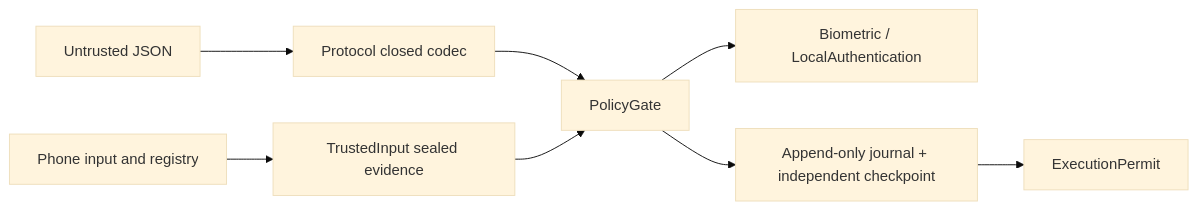
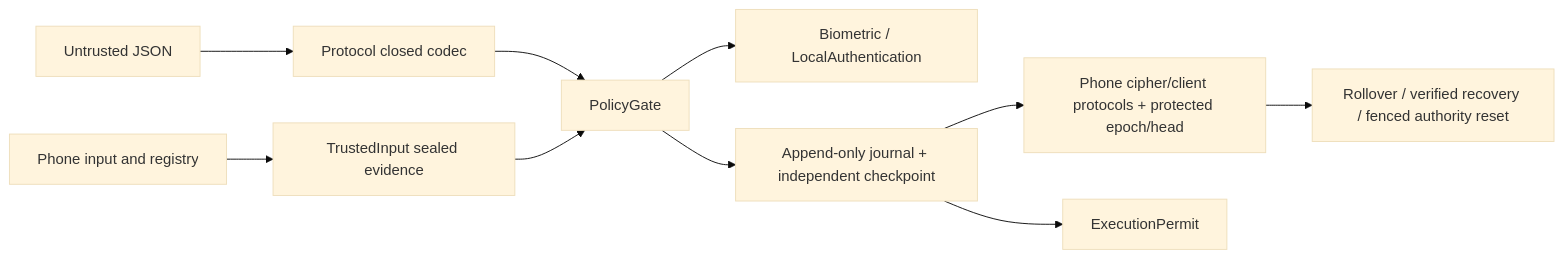
One commit to Harwasch/voiceremote changed the diagram in SW/ios/Packages/Policy/README.md. Above: the diagram before and after it, drawn with Mermaid (base theme). The commit also changed other lines of this file and 39 other files, not shown here.

Commit message:
SW: encrypted audit archive and recovery

````diff
--- a/SW/ios/Packages/Policy/README.md
+++ b/SW/ios/Packages/Policy/README.md
@@ -1,8 +1,10 @@
 ```mermaid
 flowchart LR
   Model[Untrusted JSON] --> Codec[Protocol closed codec] --> Gate[PolicyGate]
   Phone[Phone input and registry] --> Trusted[TrustedInput sealed evidence] --> Gate
   Gate --> Bio[Biometric / LocalAuthentication]
   Gate --> Audit[Append-only journal + independent checkpoint]
+  Audit --> Archive[Phone cipher/client protocols + protected epoch/head]
+  Archive --> Recovery[Rollover / verified recovery / fenced authority reset]
   Audit --> Permit[ExecutionPermit]
 ```
````
